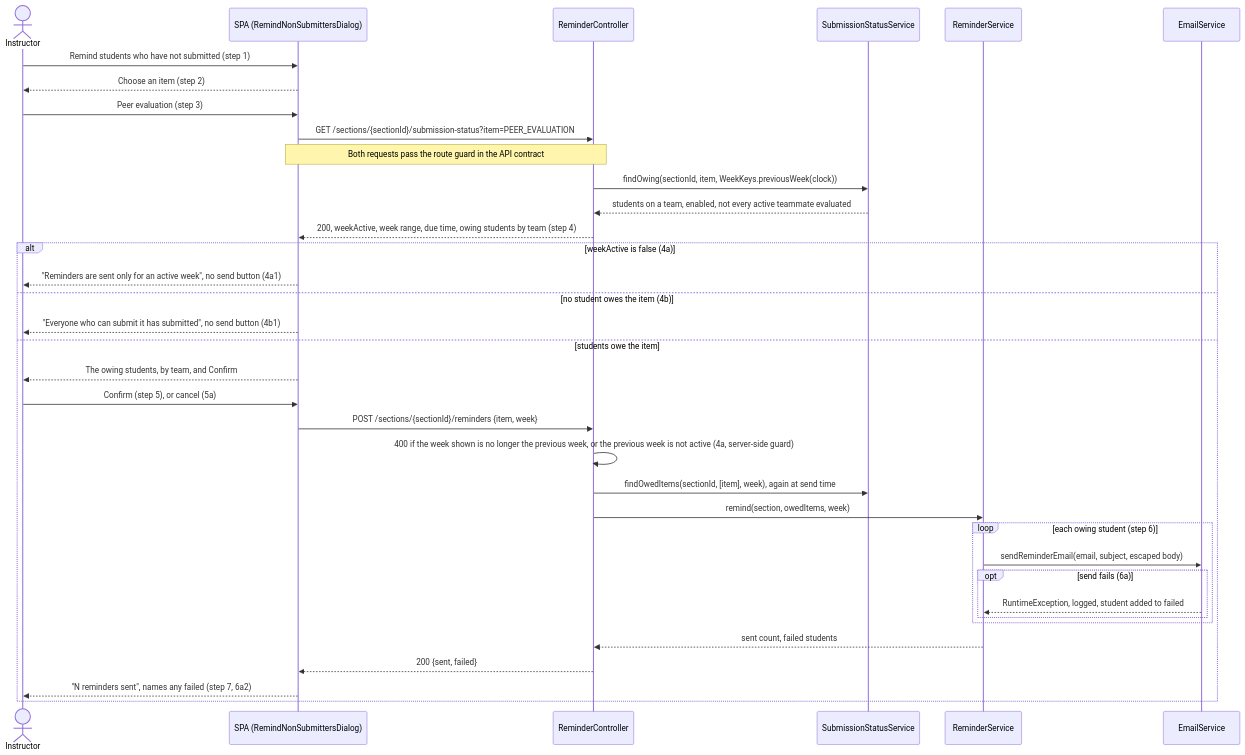
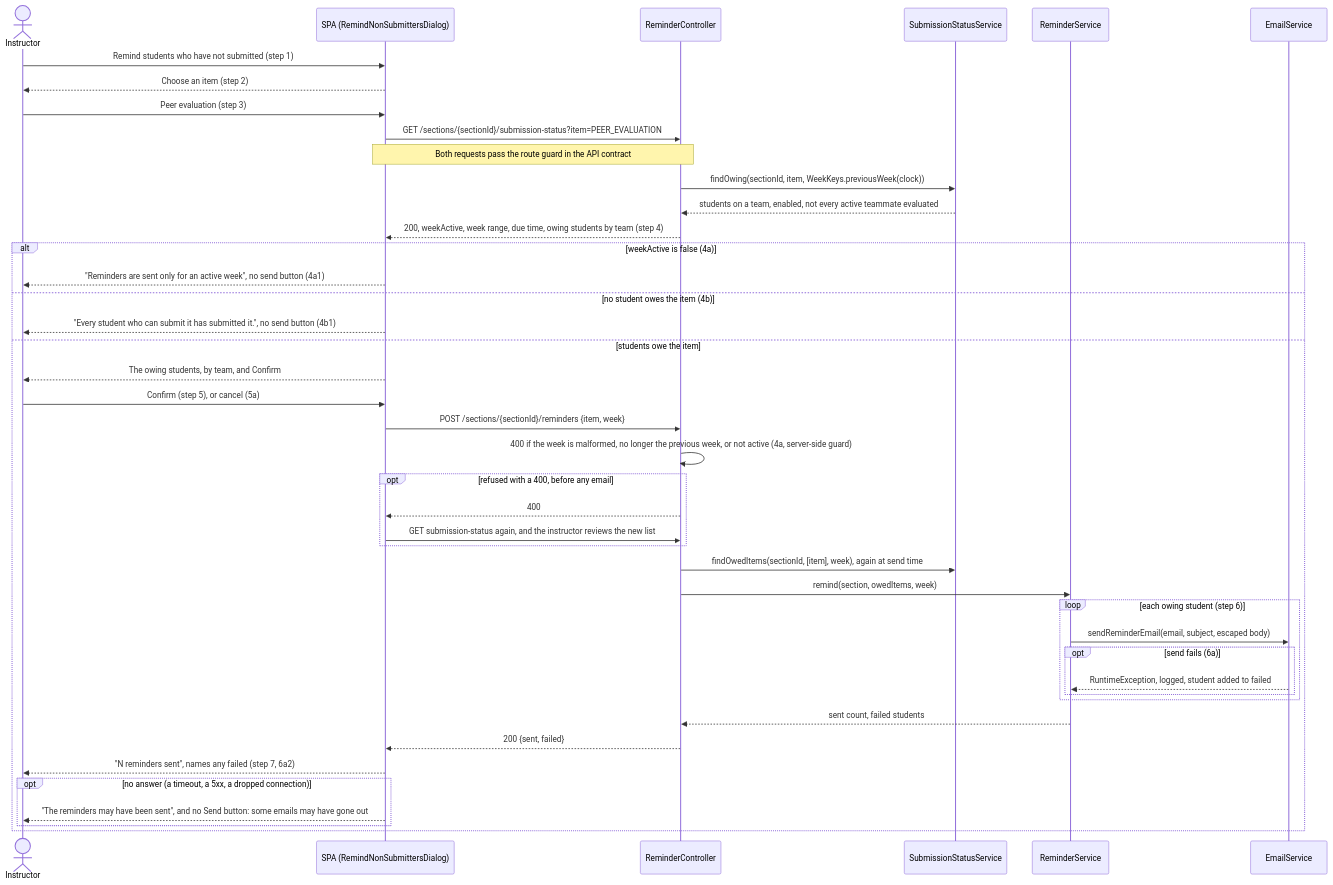
The second of 3 diagrams in docs/design/not.md (Washingtonwei/project-pulse), drawn with Mermaid before and after one commit. The commit also changed other lines of this file and 2 other files, not shown here.

First line of the commit message:
docs(not): bring the design, architecture, and traceability in line with the code

````diff
--- a/docs/design/not.md
+++ b/docs/design/not.md
@@ -86,38 +92,45 @@
 ```mermaid
 sequenceDiagram
     actor I as Instructor
     participant SPA as SPA (RemindNonSubmittersDialog)
     participant RC as ReminderController
     participant SS as SubmissionStatusService
     participant RS as ReminderService
     participant EM as EmailService
     I->>SPA: Remind students who have not submitted (step 1)
     SPA-->>I: Choose an item (step 2)
     I->>SPA: Peer evaluation (step 3)
     SPA->>RC: GET /sections/{sectionId}/submission-status?item=PEER_EVALUATION
     Note over SPA,RC: Both requests pass the route guard in the API contract
     RC->>SS: findOwing(sectionId, item, WeekKeys.previousWeek(clock))
     SS-->>RC: students on a team, enabled, not every active teammate evaluated
     RC-->>SPA: 200, weekActive, week range, due time, owing students by team (step 4)
     alt weekActive is false (4a)
         SPA-->>I: "Reminders are sent only for an active week", no send button (4a1)
     else no student owes the item (4b)
-        SPA-->>I: "Everyone who can submit it has submitted", no send button (4b1)
+        SPA-->>I: "Every student who can submit it has submitted it.", no send button (4b1)
     else students owe the item
         SPA-->>I: The owing students, by team, and Confirm
         I->>SPA: Confirm (step 5), or cancel (5a)
         SPA->>RC: POST /sections/{sectionId}/reminders {item, week}
-        RC->>RC: 400 if the week shown is no longer the previous week, or the previous week is not active (4a, server-side guard)
+        RC->>RC: 400 if the week is malformed, no longer the previous week, or not active (4a, server-side guard)
+        opt refused with a 400, before any email
+            RC-->>SPA: 400
+            SPA->>RC: GET submission-status again, and the instructor reviews the new list
+        end
         RC->>SS: findOwedItems(sectionId, [item], week), again at send time
         RC->>RS: remind(section, owedItems, week)
         loop each owing student (step 6)
             RS->>EM: sendReminderEmail(email, subject, escaped body)
             opt send fails (6a)
                 EM-->>RS: RuntimeException, logged, student added to failed
             end
         end
         RS-->>RC: sent count, failed students
         RC-->>SPA: 200 {sent, failed}
         SPA-->>I: "N reminders sent", names any failed (step 7, 6a2)
+        opt no answer (a timeout, a 5xx, a dropped connection)
+            SPA-->>I: "The reminders may have been sent", and no Send button: some emails may have gone out
+        end
     end
 ```
````
